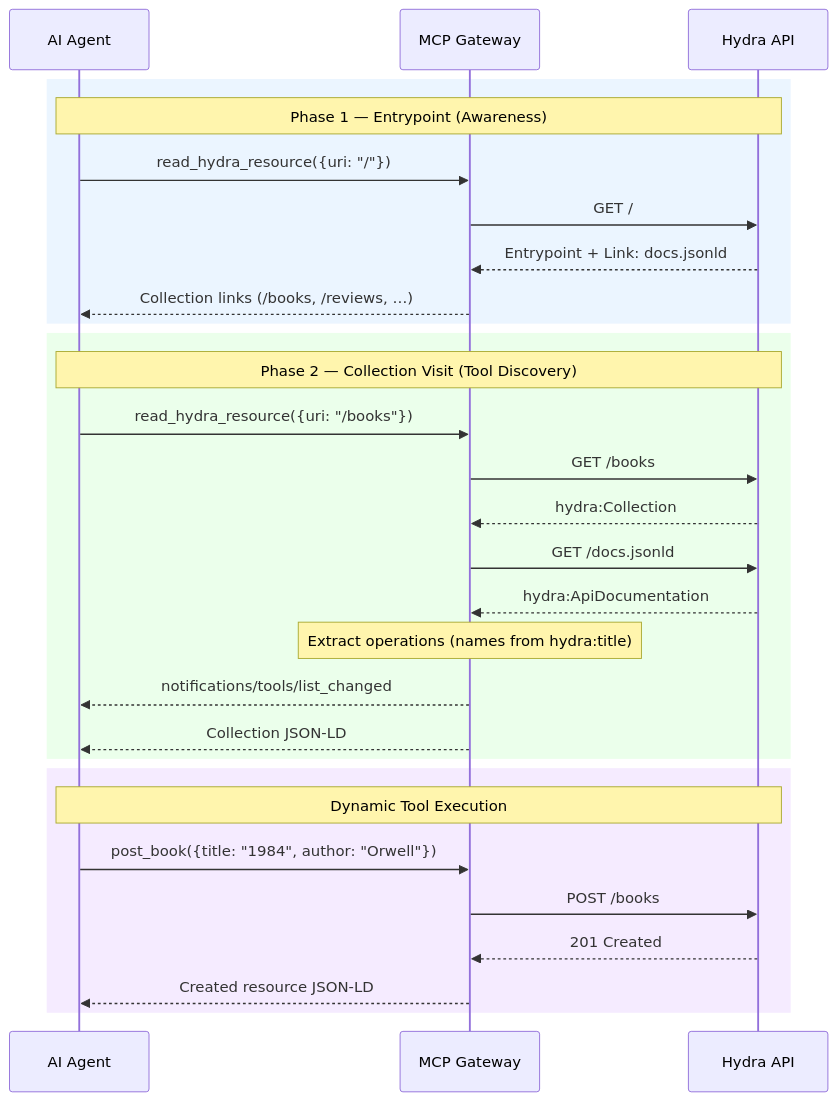
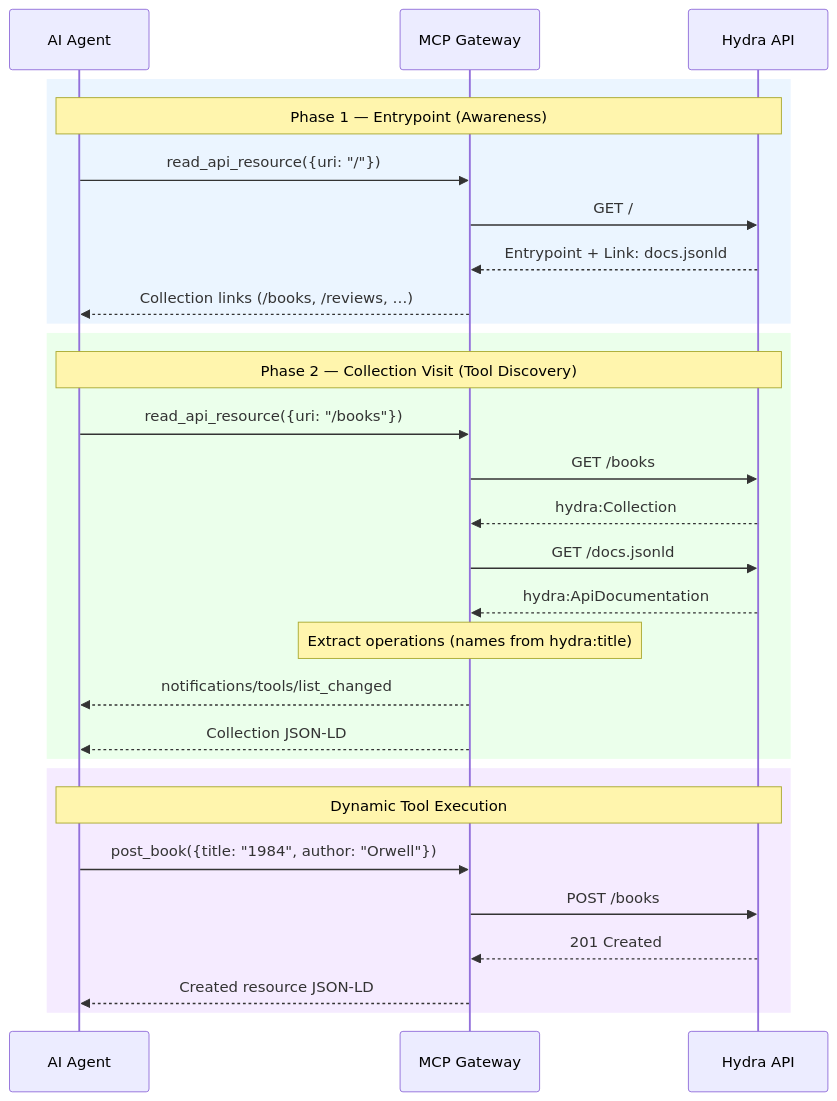
Before and after one commit to coopTilleuls/hydra-mcp-bridge: the diagram in paper/diagram-sequence.mmd, drawn with Mermaid. The commit also changed 11 other files, not shown here.

```diff
--- a/paper/diagram-sequence.mmd
+++ b/paper/diagram-sequence.mmd
@@ -1,32 +1,32 @@
 sequenceDiagram
     participant Agent as AI Agent
     participant Gateway as MCP Gateway
     participant API as Hydra API
 
     rect rgb(235, 245, 255)
     Note over Agent,API: Phase 1 — Entrypoint (Awareness)
-    Agent->>Gateway: read_hydra_resource({uri: "/"})
+    Agent->>Gateway: read_api_resource({uri: "/"})
     Gateway->>API: GET /
     API-->>Gateway: Entrypoint + Link: docs.jsonld
     Gateway-->>Agent: Collection links (/books, /reviews, …)
     end
 
     rect rgb(235, 255, 235)
     Note over Agent,API: Phase 2 — Collection Visit (Tool Discovery)
-    Agent->>Gateway: read_hydra_resource({uri: "/books"})
+    Agent->>Gateway: read_api_resource({uri: "/books"})
     Gateway->>API: GET /books
     API-->>Gateway: hydra:Collection
     Gateway->>API: GET /docs.jsonld
     API-->>Gateway: hydra:ApiDocumentation
     Note over Gateway: Extract operations (names from hydra:title)
     Gateway-->>Agent: notifications/tools/list_changed
     Gateway-->>Agent: Collection JSON-LD
     end
 
     rect rgb(245, 235, 255)
     Note over Agent,API: Dynamic Tool Execution
     Agent->>Gateway: post_book({title: "1984", author: "Orwell"})
     Gateway->>API: POST /books
     API-->>Gateway: 201 Created
     Gateway-->>Agent: Created resource JSON-LD
     end
```
